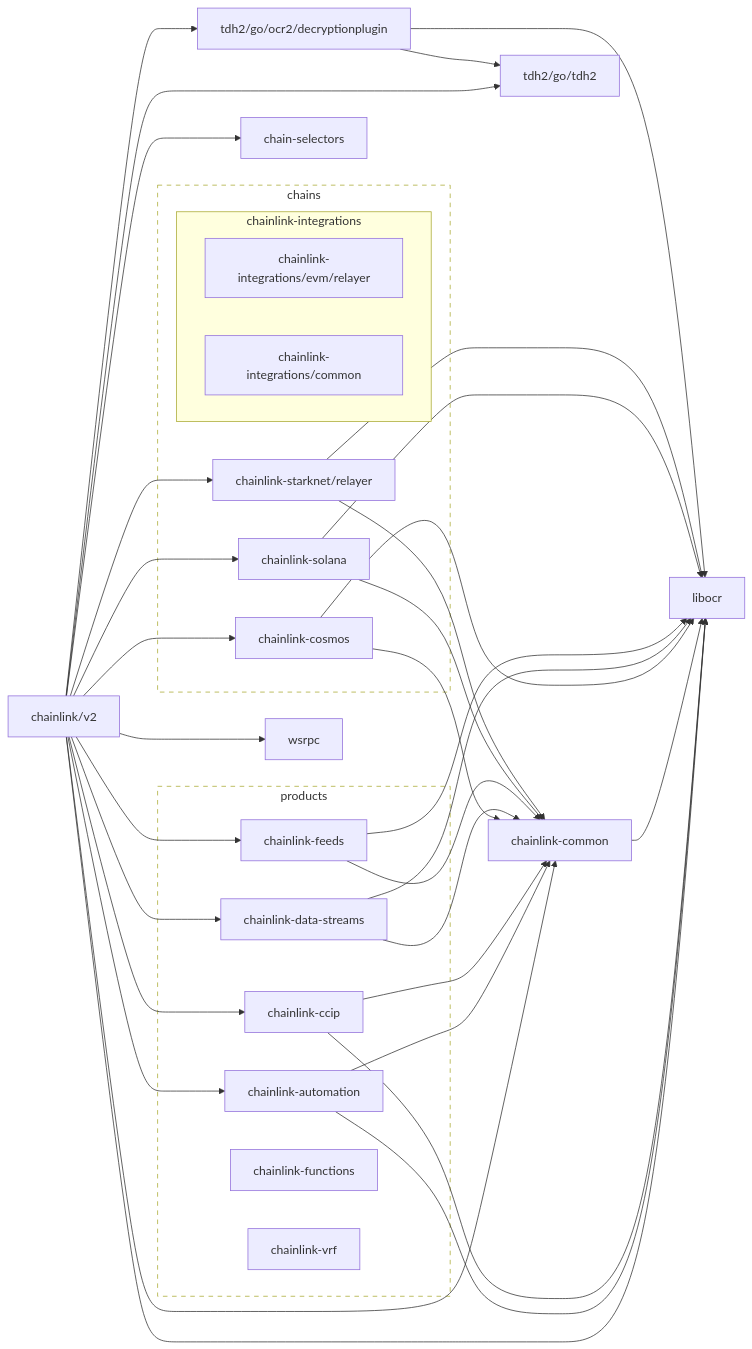
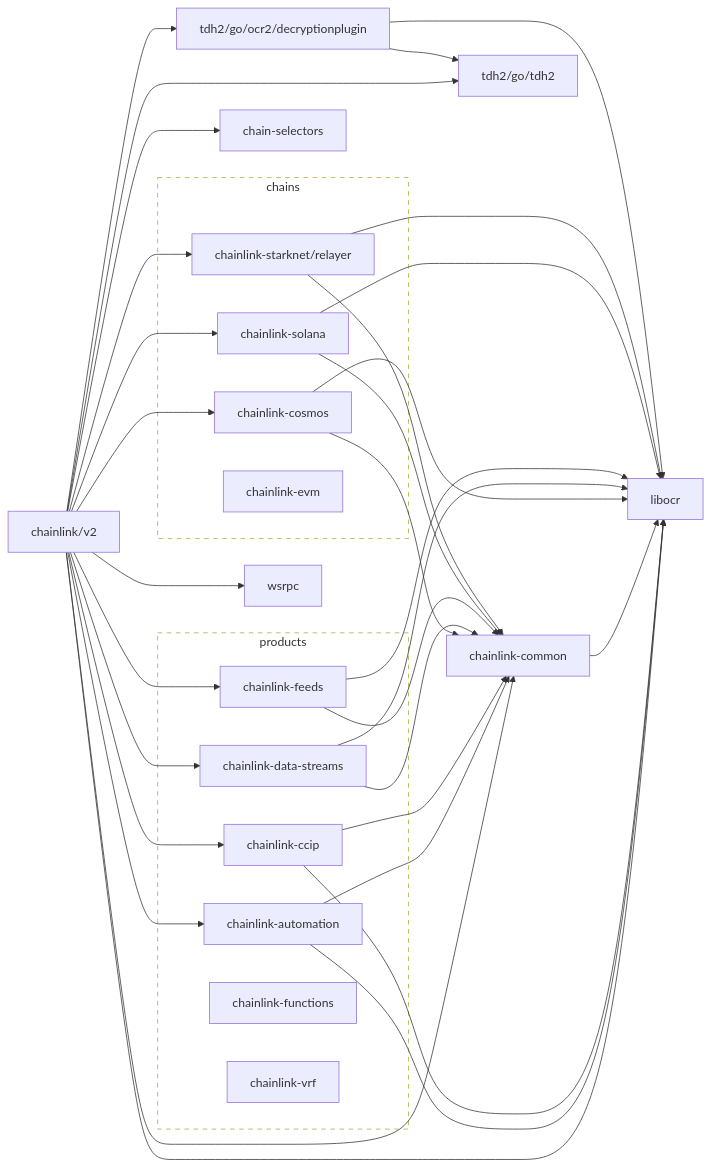
Before and after one commit to smartcontractkit/chainlink: the diagram in go.md, drawn with Mermaid. The commit also changed 1 other file, not shown here.

Commit message:
simplify modgraph

````diff
--- a/go.md
+++ b/go.md
@@ -2,69 +2,65 @@
 ```mermaid
 flowchart LR
   subgraph chains
     chainlink-cosmos
     chainlink-solana
     chainlink-starknet/relayer
-    subgraph chainlink-integrations
-      direction LR
-      chainlink-integrations/evm/relayer
-      chainlink-integrations/common
-    end
+    chainlink-evm
   end
 
   subgraph products
     chainlink-automation
     chainlink-ccip
     chainlink-data-streams
     chainlink-feeds
     chainlink-functions
     chainlink-vrf
   end
 
   classDef outline stroke-dasharray:6,fill:none;
   class chains,products outline
 
   chainlink/v2 --> chain-selectors
   click chain-selectors href "https://github.com/smartcontractkit/chain-selectors"
   chainlink/v2 --> chainlink-automation
   click chainlink-automation href "https://github.com/smartcontractkit/chainlink-automation"
   chainlink/v2 --> chainlink-ccip
   click chainlink-ccip href "https://github.com/smartcontractkit/chainlink-ccip"
   chainlink/v2 --> chainlink-common
   click chainlink-common href "https://github.com/smartcontractkit/chainlink-common"
   chainlink/v2 --> chainlink-cosmos
   click chainlink-cosmos href "https://github.com/smartcontractkit/chainlink-cosmos"
   chainlink/v2 --> chainlink-data-streams
   click chainlink-data-streams href "https://github.com/smartcontractkit/chainlink-data-streams"
   chainlink/v2 --> chainlink-feeds
   click chainlink-feeds href "https://github.com/smartcontractkit/chainlink-feeds"
   chainlink/v2 --> chainlink-solana
   click chainlink-solana href "https://github.com/smartcontractkit/chainlink-solana"
   chainlink/v2 --> chainlink-starknet/relayer
   click chainlink-starknet/relayer href "https://github.com/smartcontractkit/chainlink-starknet"
   chainlink/v2 --> libocr
   click libocr href "https://github.com/smartcontractkit/libocr"
   chainlink/v2 --> tdh2/go/ocr2/decryptionplugin
   click tdh2/go/ocr2/decryptionplugin href "https://github.com/smartcontractkit/tdh2"
   chainlink/v2 --> tdh2/go/tdh2
   click tdh2/go/tdh2 href "https://github.com/smartcontractkit/tdh2"
   chainlink/v2 --> wsrpc
   click wsrpc href "https://github.com/smartcontractkit/wsrpc"
   chainlink-automation --> chainlink-common
   chainlink-automation --> libocr
   chainlink-ccip --> chainlink-common
   chainlink-ccip --> libocr
   chainlink-common --> libocr
   chainlink-cosmos --> chainlink-common
   chainlink-cosmos --> libocr
   chainlink-data-streams --> chainlink-common
   chainlink-data-streams --> libocr
   chainlink-feeds --> chainlink-common
   chainlink-feeds --> libocr
   chainlink-solana --> chainlink-common
   chainlink-solana --> libocr
   chainlink-starknet/relayer --> chainlink-common
   chainlink-starknet/relayer --> libocr
   tdh2/go/ocr2/decryptionplugin --> libocr
   tdh2/go/ocr2/decryptionplugin --> tdh2/go/tdh2
 ```
````
